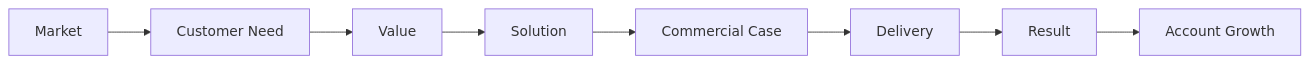
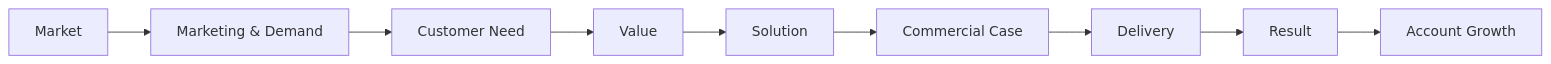
The third of 3 diagrams in README.md (psilva-git/enterprise-ai-delivery), drawn with Mermaid before and after one commit. The commit also changed other lines of this file, not shown here.

Commit message:
Strengthen commercial marketing and qualification positioning

````diff
--- a/README.md
+++ b/README.md
@@ -256,10 +277,11 @@
 ```mermaid
 flowchart LR
-    M[Market] --> C[Customer Need]
+    M[Market] --> G[Marketing & Demand]
+    G --> C[Customer Need]
     C --> V[Value]
     V --> S[Solution]
     S --> B[Commercial Case]
     B --> D[Delivery]
     D --> R[Result]
     R --> X[Account Growth]
 ```
````
